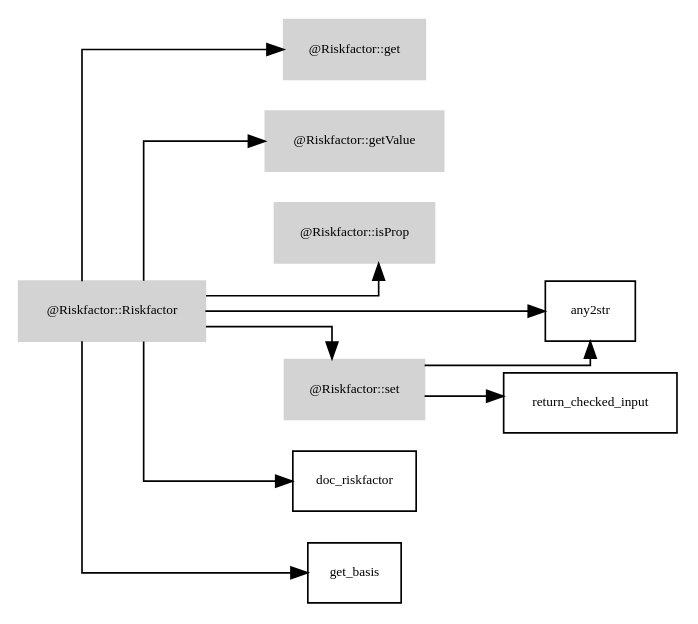
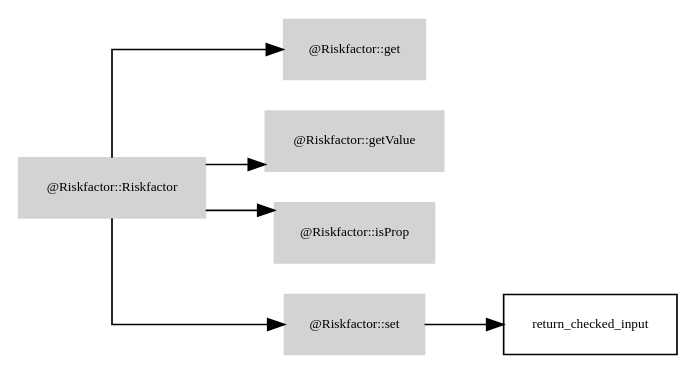
The diagram in graphviz_files/Riskfactor.dot (octarisk/documentation), drawn with Graphviz before and after one commit. The commit also changed 50 other files, not shown here.

Commit message:
* introduction of graphviz files for all classes and class function dependencies

```diff
--- a/graphviz_files/Riskfactor.dot
+++ b/graphviz_files/Riskfactor.dot
@@ -1,29 +1,25 @@
 digraph G {
 	fontname = "Bitstream Vera Sans"
 	fontsize = 8
 	node [
 		fontname = "Bitstream Vera Sans"
 		fontsize = 8
 		shape = "record"
 	]
 	edge [
 		fontname = "Bitstream Vera Sans"
 		fontsize = 8
 	]
 	graph [splines=ortho];
 	rankdir=LR;
 	subgraph class_Riskfactor {
 		style=filled;
 		node [style=filled,color=lightgrey];
 		"@Riskfactor::Riskfactor" -> "@Riskfactor::get"
 		"@Riskfactor::Riskfactor" -> "@Riskfactor::getValue"
 		"@Riskfactor::Riskfactor" -> "@Riskfactor::isProp"
 		"@Riskfactor::Riskfactor" -> "@Riskfactor::set"
 		label = "@Riskfactor";
 	}
-"@Riskfactor::Riskfactor" 	 -> 	 "any2str"
-"@Riskfactor::Riskfactor" 	 -> 	 "doc_riskfactor"
-"@Riskfactor::Riskfactor" 	 -> 	 "get_basis"
-"@Riskfactor::set" 	 -> 	 "any2str"
 "@Riskfactor::set" 	 -> 	 "return_checked_input"
 }
```
